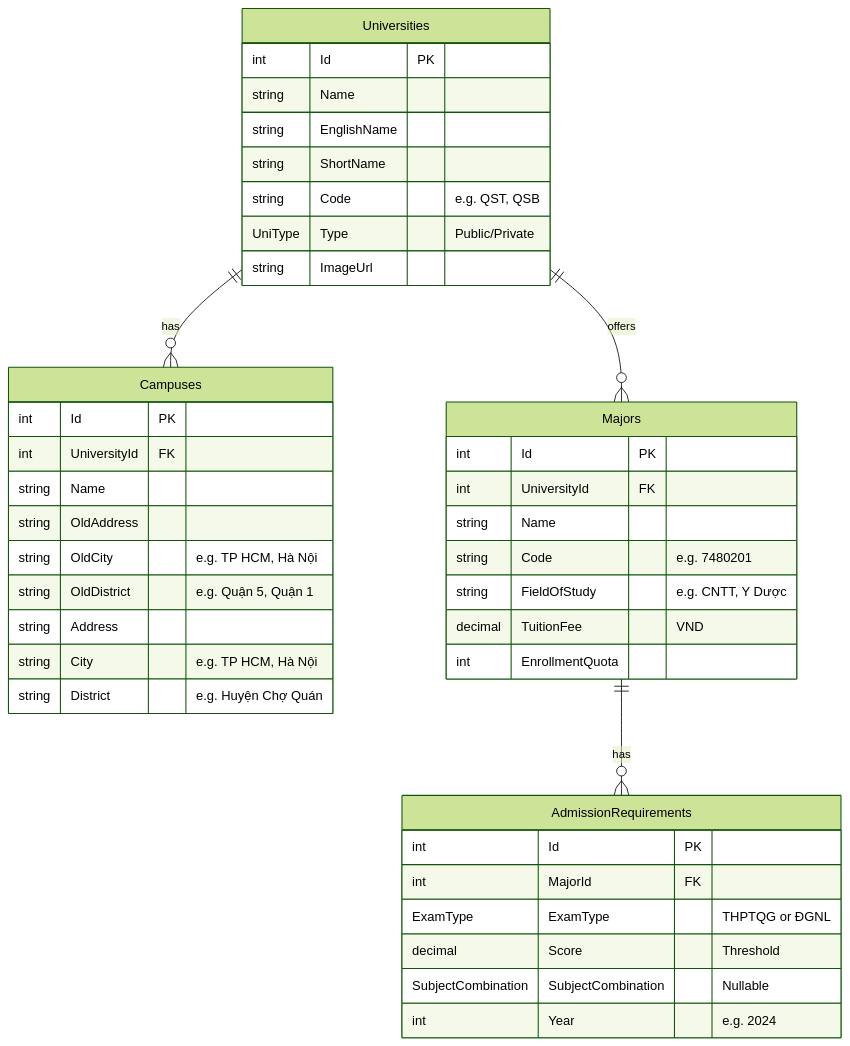
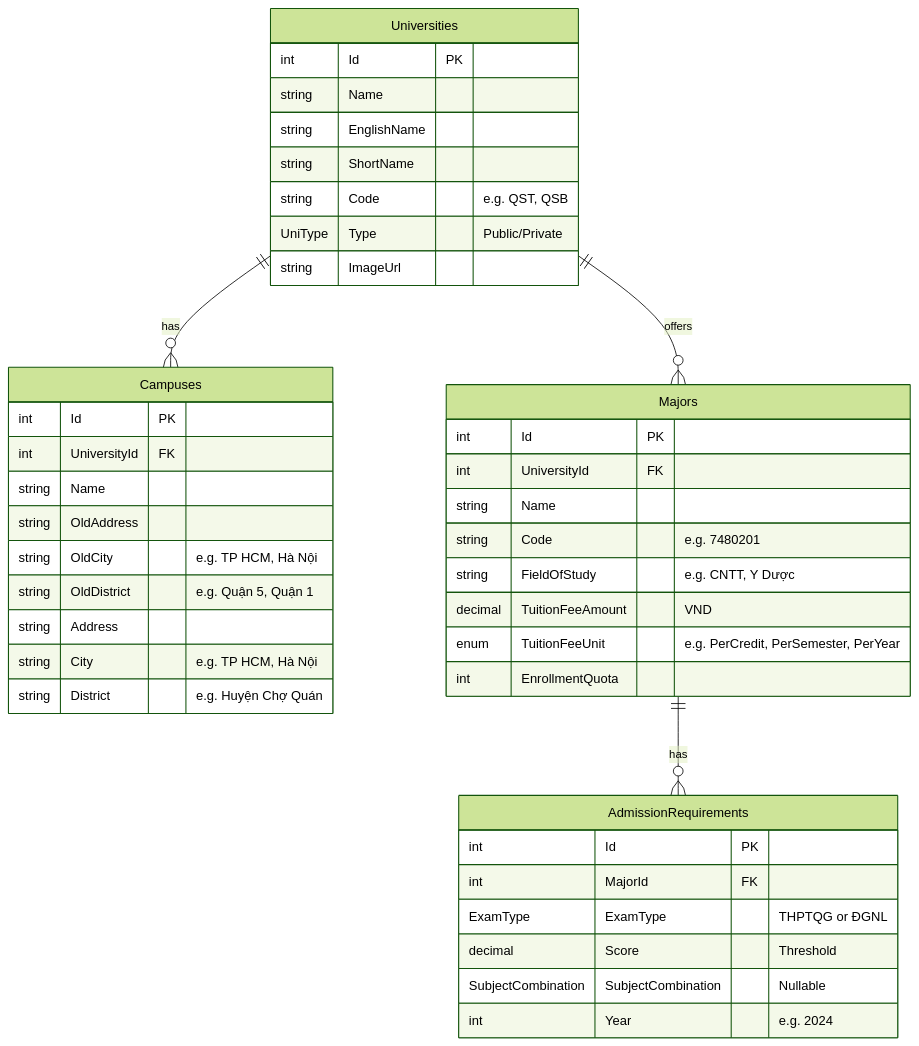
One commit to longhuynhdev/TimTruong changed the diagram in docs/ER-model.md. Above: the diagram before and after it, drawn with Mermaid (forest theme).

Commit message:
docs: update ER model to match backend data model

````diff
--- a/docs/ER-model.md
+++ b/docs/ER-model.md
@@ -1,48 +1,49 @@
 ```mermaid
 erDiagram
     Universities ||--o{ Campuses : "has"
     Universities ||--o{ Majors : "offers"
     Majors ||--o{ AdmissionRequirements : "has"
 
     Universities {
         int Id PK
         string Name
         string EnglishName
         string ShortName
         string Code "e.g. QST, QSB"
         UniType Type "Public/Private"
         string ImageUrl
     }
 
     Campuses {
         int Id PK
         int UniversityId FK
         string Name
         string OldAddress
         string OldCity "e.g. TP HCM, Hà Nội"
         string OldDistrict "e.g. Quận 5, Quận 1"
         string Address
         string City "e.g. TP HCM, Hà Nội"
         string District "e.g. Huyện Chợ Quán"
 
     }
 
     Majors {
         int Id PK
         int UniversityId FK
         string Name
         string Code "e.g. 7480201"
         string FieldOfStudy "e.g. CNTT, Y Dược"
-        decimal TuitionFee "VND"
+        decimal TuitionFeeAmount "VND"
+        enum TuitionFeeUnit "e.g. PerCredit, PerSemester, PerYear"
         int EnrollmentQuota
     }
 
     AdmissionRequirements {
         int Id PK
         int MajorId FK
         ExamType ExamType "THPTQG or ĐGNL"
         decimal Score "Threshold"
         SubjectCombination SubjectCombination "Nullable"
         int Year "e.g. 2024"
     }
 ```    
````
